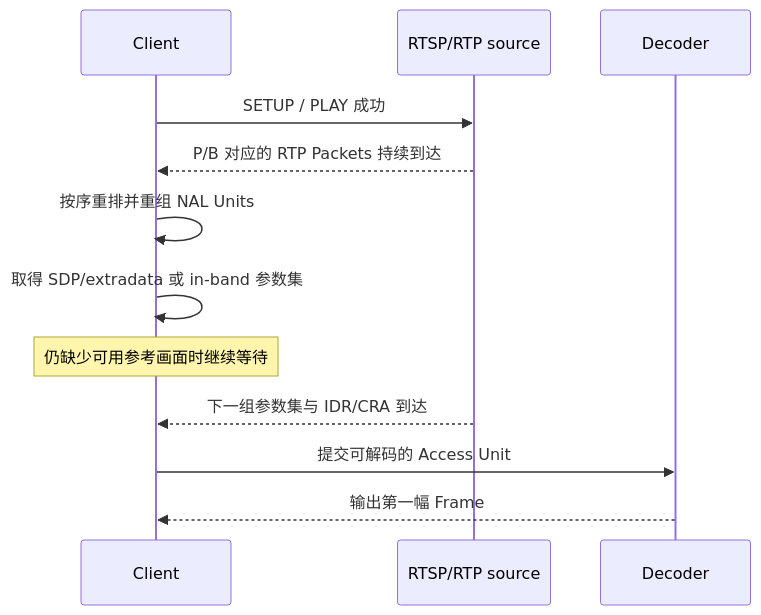
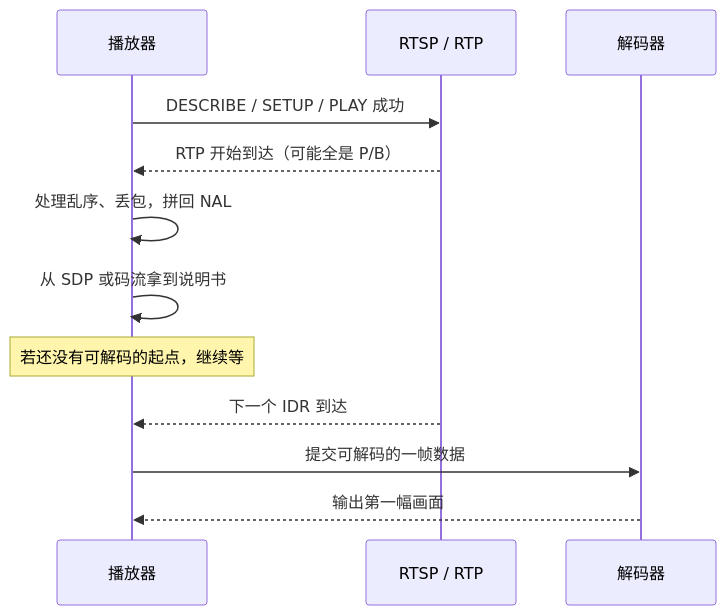
Before and after one commit to flycodeu/FlyCodeCenter: the fourth of 4 diagrams in src/content/tutorial/ffmpeg/08-H264-H265-Bitstream.md, drawn with Mermaid. The commit also changed other lines of this file and 10 other files, not shown here.

````diff
--- a/src/content/tutorial/ffmpeg/08-H264-H265-Bitstream.md
+++ b/src/content/tutorial/ffmpeg/08-H264-H265-Bitstream.md
@@ -439,14 +472,14 @@
 ```mermaid
 sequenceDiagram
-  participant C as Client
-  participant R as RTSP/RTP source
-  participant D as Decoder
-  C->>R: SETUP / PLAY 成功
-  R-->>C: P/B 对应的 RTP Packets 持续到达
-  C->>C: 按序重排并重组 NAL Units
-  C->>C: 取得 SDP/extradata 或 in-band 参数集
-  Note over C: 仍缺少可用参考画面时继续等待
-  R-->>C: 下一组参数集与 IDR/CRA 到达
-  C->>D: 提交可解码的 Access Unit
-  D-->>C: 输出第一幅 Frame
+  participant C as 播放器
+  participant S as RTSP / RTP
+  participant D as 解码器
+  C->>S: DESCRIBE / SETUP / PLAY 成功
+  S-->>C: RTP 开始到达（可能全是 P/B）
+  C->>C: 处理乱序、丢包，拼回 NAL
+  C->>C: 从 SDP 或码流拿到说明书
+  Note over C: 若还没有可解码的起点，继续等
+  S-->>C: 下一个 IDR 到达
+  C->>D: 提交可解码的一帧数据
+  D-->>C: 输出第一幅画面
 ```
````
